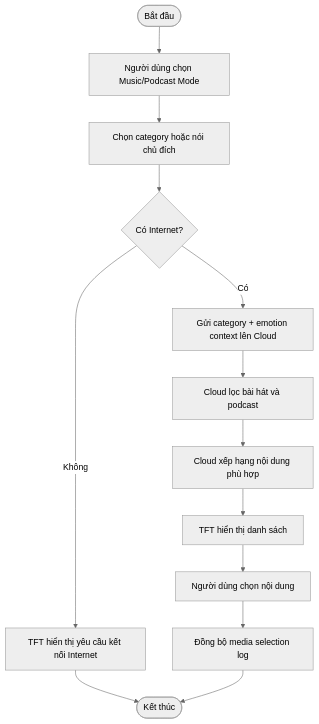
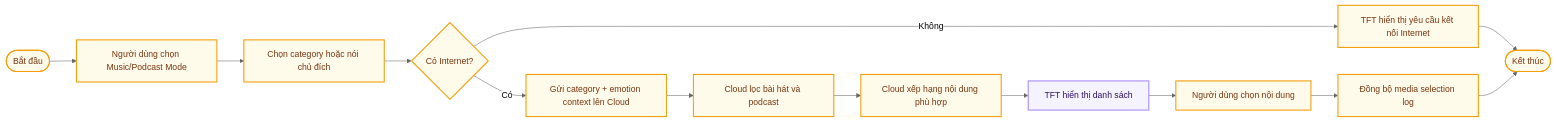
One commit to Computer-Vision-HCMUS/AIoT-Server changed the eighth of 12 diagrams in docs/Spectification/EmotiCareAIoT/03_Objectives.md. Above: the diagram before and after it, drawn with Mermaid (neutral theme). The commit also changed other lines of this file and 88 other files, not shown here.

````diff
--- a/docs/Spectification/EmotiCareAIoT/03_Objectives.md
+++ b/docs/Spectification/EmotiCareAIoT/03_Objectives.md
@@ -343,19 +433,28 @@
 ```mermaid
-flowchart TD
+flowchart LR
     Start([Bắt đầu])
     SelectMode["Người dùng chọn Music/Podcast Mode"]
     ChooseCategory["Chọn category hoặc nói chủ đích"]
     Online{"Có Internet?"}
     NeedNet["TFT hiển thị yêu cầu kết nối Internet"]
     Send["Gửi category + emotion context lên Cloud"]
     Filter["Cloud lọc bài hát và podcast"]
     Rank["Cloud xếp hạng nội dung phù hợp"]
     Display["TFT hiển thị danh sách"]
     SelectItem["Người dùng chọn nội dung"]
     Save["Đồng bộ media selection log"]
     End([Kết thúc])
 
     Start --> SelectMode --> ChooseCategory --> Online
-    Online -- "Không" --> NeedNet --> End
-    Online -- "Có" --> Send --> Filter --> Rank --> Display --> SelectItem --> Save --> End
+    Online -->|Không| NeedNet --> End
+    Online -->|Có| Send --> Filter --> Rank --> Display --> SelectItem --> Save --> End
+
+    classDef userNode stroke:#818cf8,fill:#eef2ff,stroke-width:2px,color:#1e1b4b
+    classDef edgeNode stroke:#a78bfa,fill:#f5f3ff,stroke-width:2px,color:#2e1065
+    classDef cacheNode stroke:#2dd4bf,fill:#f0fdfa,stroke-width:2px,color:#0d5a57
+    classDef cloudNode stroke:#38bdf8,fill:#f0f9ff,stroke-width:2px,color:#0c3d67
+    classDef serviceNode stroke:#4ade80,fill:#f0fdf4,stroke-width:2px,color:#1a3a1a
+    classDef actionNode stroke:#f59e0b,fill:#fffbeb,stroke-width:2px,color:#78350f
+    class Display edgeNode
+    class Start,SelectMode,ChooseCategory,Online,NeedNet,Send,Filter,Rank,SelectItem,Save,End actionNode
 ```
````
